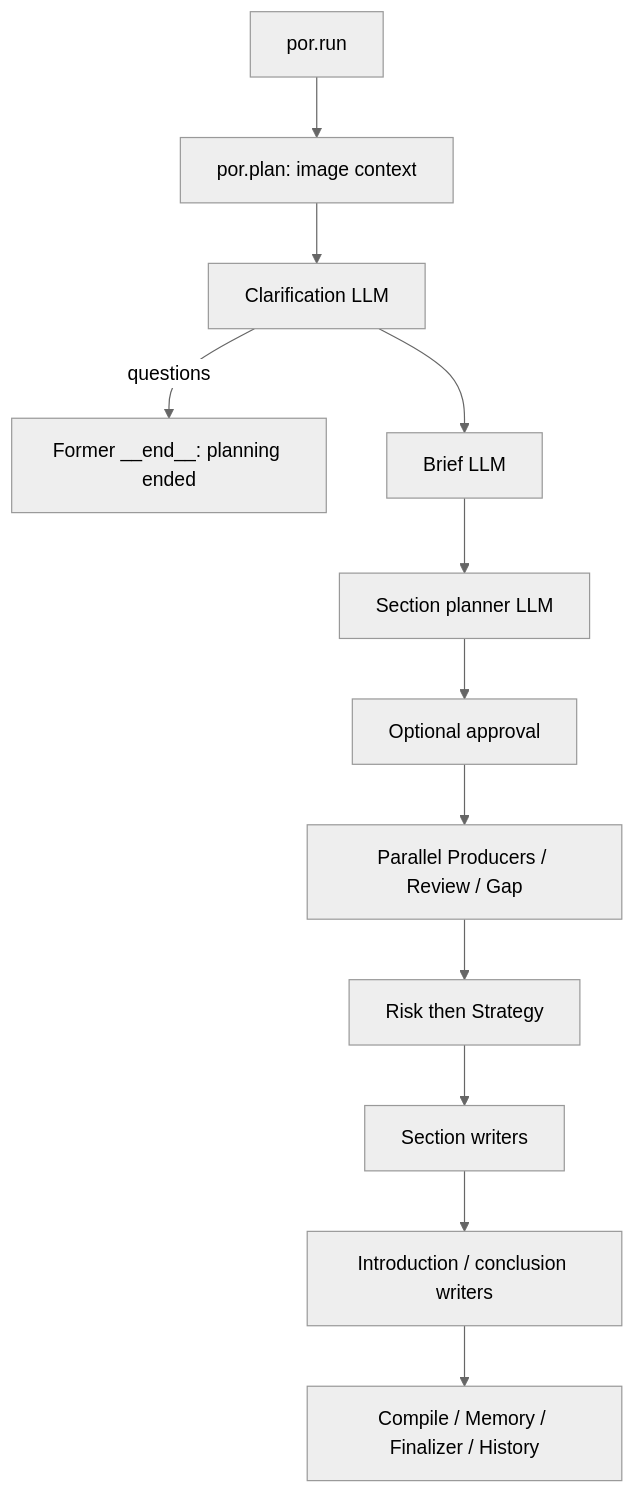
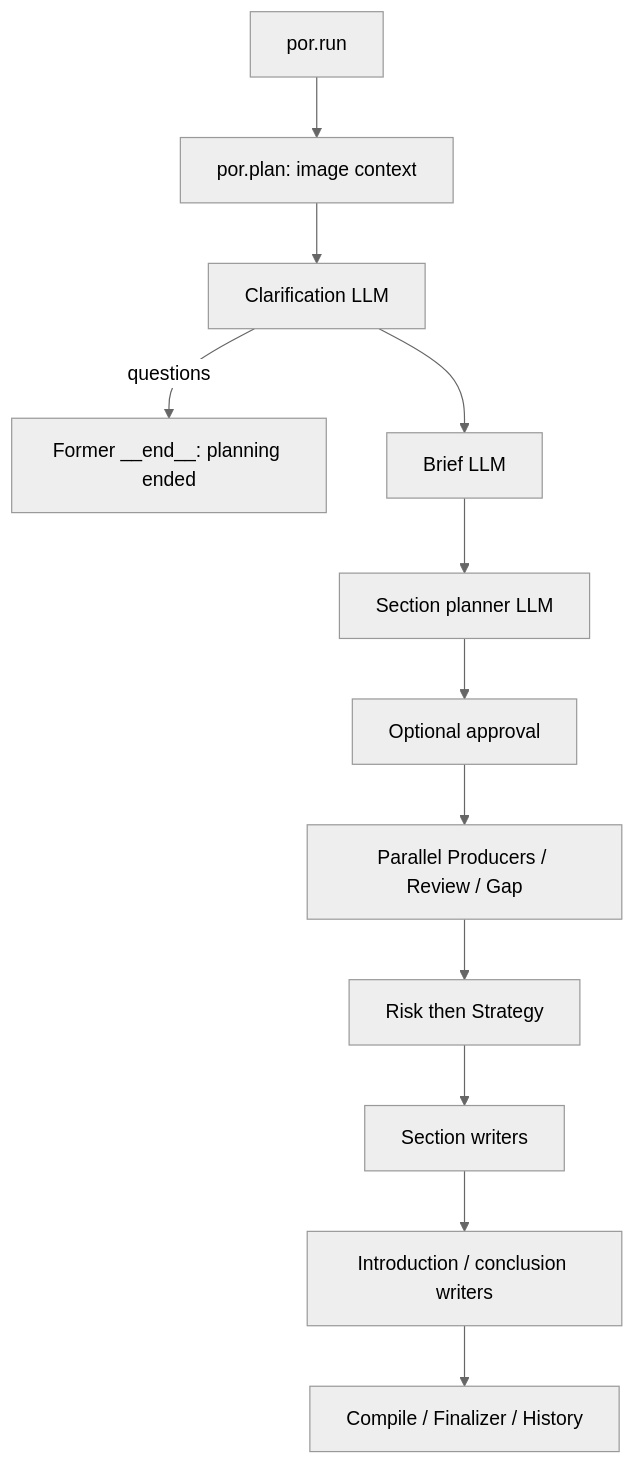
The first of 2 diagrams in docs/architecture/research-brief.md (kkaaakk/public_opinion_research), drawn with Mermaid (neutral theme) before and after one commit. The commit also changed other lines of this file and 35 other files, not shown here.

Commit message:
fix(ci): remove retired graph and memory references

````diff
--- a/docs/architecture/research-brief.md
+++ b/docs/architecture/research-brief.md
@@ -13,14 +13,14 @@
 ```mermaid
 flowchart TD
   A[por.run] --> B[por.plan: image context]
   B --> C[Clarification LLM]
   C -->|questions| END[Former __end__: planning ended]
   C --> D[Brief LLM]
   D --> E[Section planner LLM]
   E --> F[Optional approval]
   F --> G[Parallel Producers / Review / Gap]
   G --> H[Risk then Strategy]
   H --> I[Section writers]
   I --> J[Introduction / conclusion writers]
-  J --> K[Compile / Memory / Finalizer / History]
+  J --> K[Compile / Finalizer / History]
 ```
````
